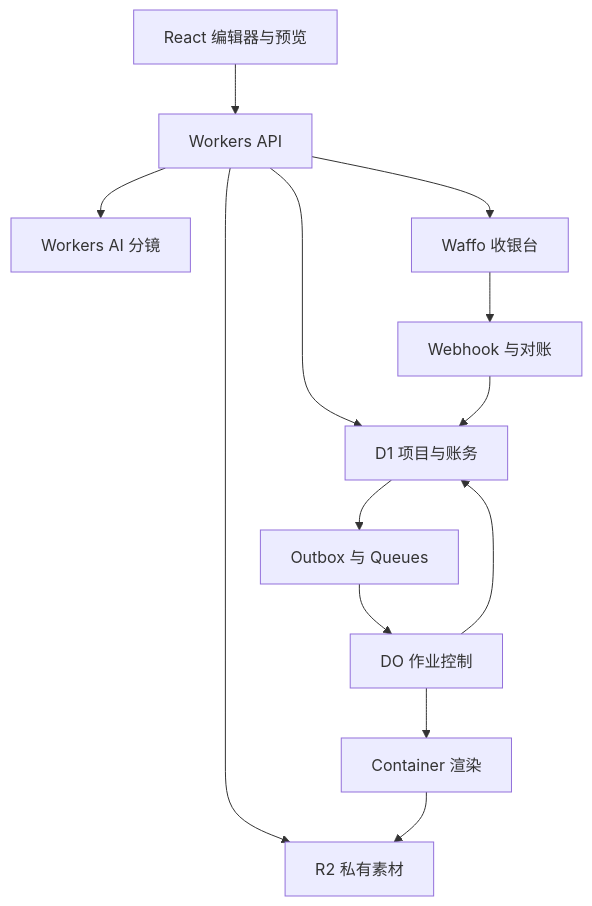
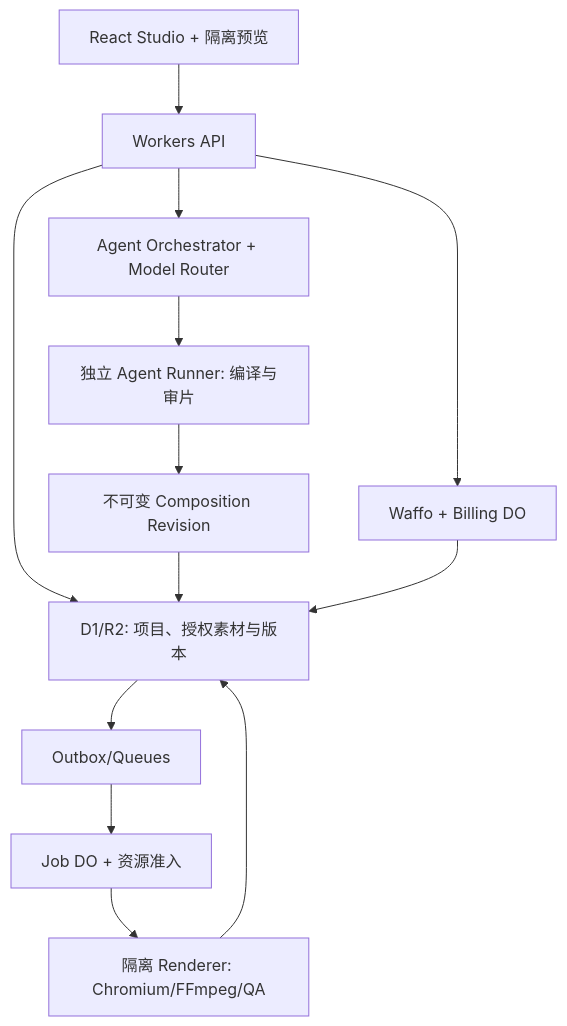
One commit to ten2ten2/promobento changed the diagram in docs/prd/04-architecture-and-data.md. Above: the diagram before and after it, drawn with Mermaid. The commit also changed other lines of this file and 21 other files, not shown here.

````diff
--- a/docs/prd/04-architecture-and-data.md
+++ b/docs/prd/04-architecture-and-data.md
@@ -33,15 +34,15 @@
 ```mermaid
 flowchart TD
-  A[React 编辑器与预览] --> B[Workers API]
-  B --> C[D1 项目与账务]
-  B --> D[R2 私有素材]
-  B --> E[Workers AI 分镜]
-  B --> F[Waffo 收银台]
-  F --> G[Webhook 与对账]
+  A[React Studio + 隔离预览] --> B[Workers API]
+  B --> C[D1/R2: 项目、授权素材与版本]
+  B --> D[Agent Orchestrator + Model Router]
+  D --> E[独立 Agent Runner: 编译与审片]
+  E --> F[不可变 Composition Revision]
+  F --> C
+  B --> G[Waffo + Billing DO]
   G --> C
-  C --> H[Outbox 与 Queues]
-  H --> I[DO 作业控制]
-  I --> J[Container 渲染]
-  J --> D
-  I --> C
+  C --> H[Outbox/Queues]
+  H --> I[Job DO + 资源准入]
+  I --> J[隔离 Renderer: Chromium/FFmpeg/QA]
+  J --> C
 ```
````
